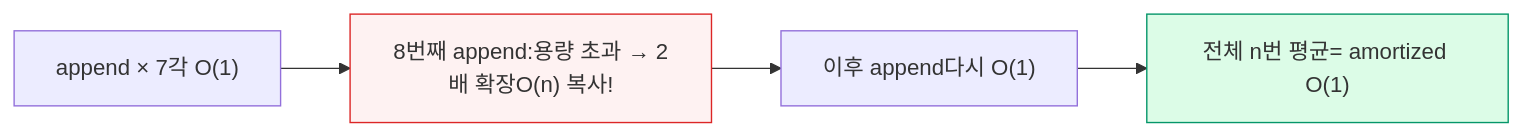
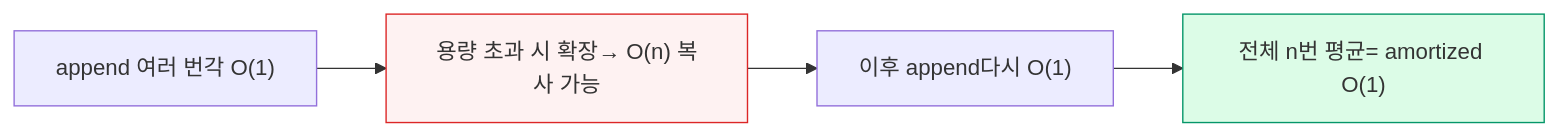
The second of 2 diagrams in apps/api/src/main/resources/content/cs-05-complexity.md (hyeongseoblim/systemdesign), drawn with Mermaid before and after one commit. The commit also changed other lines of this file and 96 other files, not shown here.

````diff
--- a/apps/api/src/main/resources/content/cs-05-complexity.md
+++ b/apps/api/src/main/resources/content/cs-05-complexity.md
@@ -103,9 +103,9 @@
 ```mermaid
 flowchart LR
-    A["append × 7각 O(1)"] --> B["8번째 append:용량 초과 → 2배 확장O(n) 복사!"]
+    A["append 여러 번각 O(1)"] --> B["용량 초과 시 확장→ O(n) 복사 가능"]
     B --> C["이후 append다시 O(1)"]
     C --> D["전체 n번 평균= amortized O(1)"]
 
     style B fill:#fef2f2,stroke:#dc2626
     style D fill:#dcfce7,stroke:#059669
 ```
````
